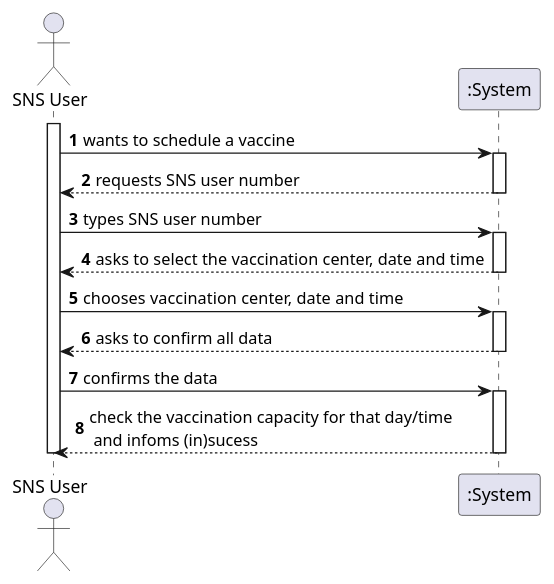
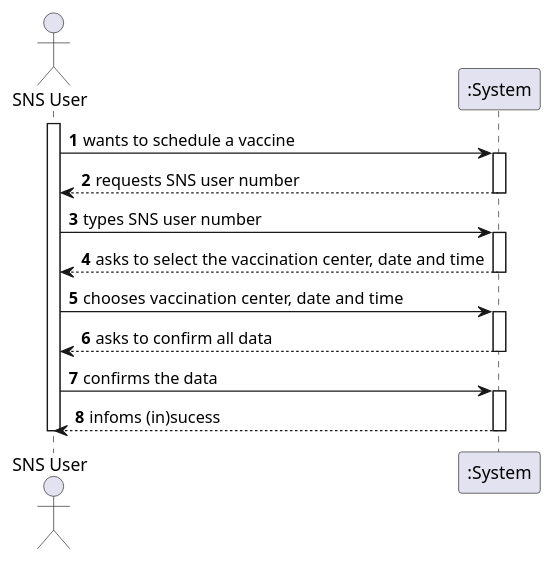
Before and after one commit to diogonapoles/isep-lapr2: the diagram in docs/SprintC/US1/US1_SSD.puml, drawn with PlantUML. The commit also changed 2 other files, not shown here.

```diff
--- a/docs/SprintC/US1/US1_SSD.puml
+++ b/docs/SprintC/US1/US1_SSD.puml
@@ -1,31 +1,31 @@
 @startuml
 'https://plantuml.com/sequence-diagram
 
 autonumber
 
 actor "SNS User" as User
 
 activate User
 User -> ":System" : wants to schedule a vaccine
 activate ":System"
 ":System" --> User : requests SNS user number
 deactivate ":System"
 
 User -> ":System" : types SNS user number
 activate ":System"
 ":System" --> User : asks to select the vaccination center, date and time
 deactivate ":System"
 
 User -> ":System" : chooses vaccination center, date and time
 activate ":System"
 ":System" --> User : asks to confirm all data
 deactivate ":System"
 
 User-> ":System" : confirms the data
 activate ":System"
-":System" --> User : check the vaccination capacity for that day/time \n and infoms (in)sucess
+":System" --> User : infoms (in)sucess
 deactivate ":System"
 
 
 deactivate User
 @enduml
```
